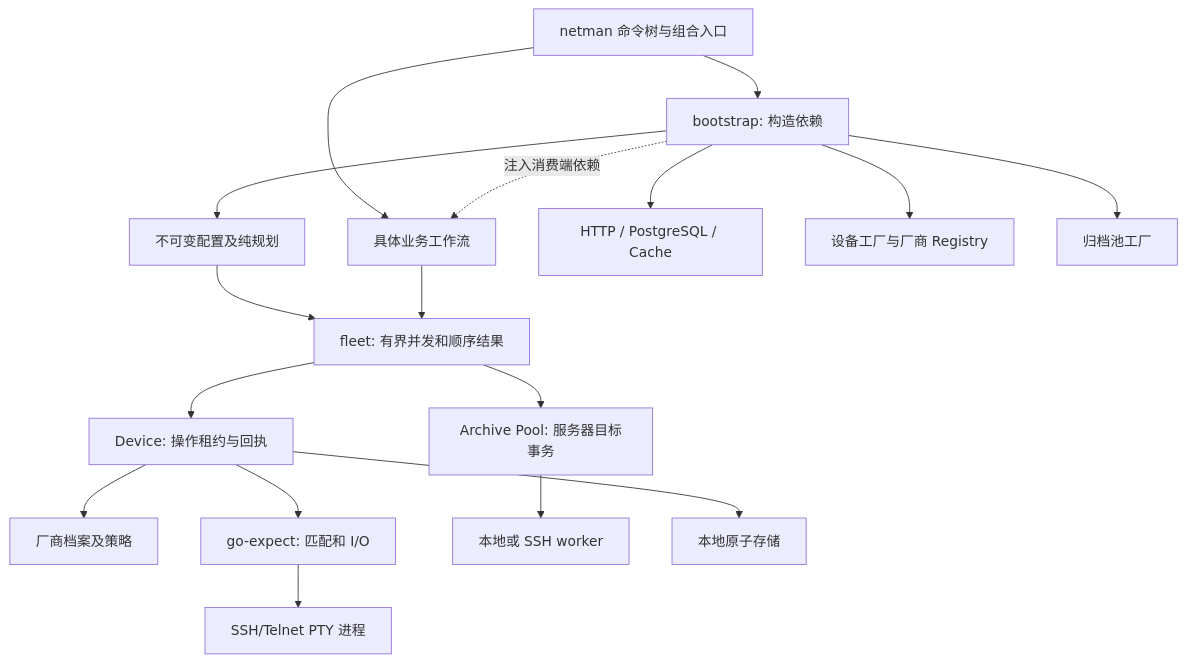
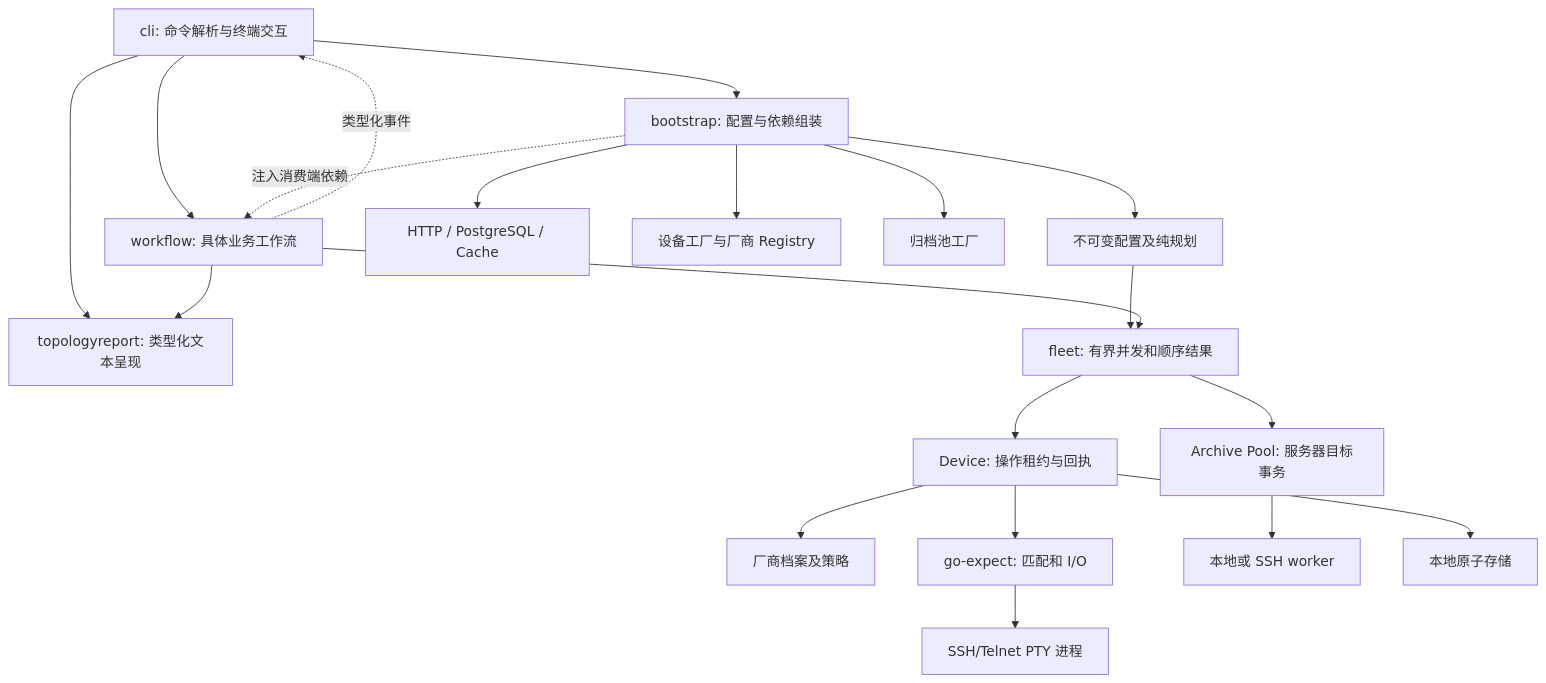
The first of 2 diagrams in docs/architecture.md (gatework/go-net-connector), drawn with Mermaid before and after one commit. The commit also changed other lines of this file and 54 other files, not shown here.

````diff
--- a/docs/architecture.md
+++ b/docs/architecture.md
@@ -3,19 +3,22 @@
 ```mermaid
 flowchart TD
-  CLI[netman 命令树与组合入口] --> Bootstrap[bootstrap: 构造依赖]
-  CLI --> Workflow[具体业务工作流]
+  CLI[cli: 命令解析与终端交互] --> Bootstrap[bootstrap: 配置与依赖组装]
+  CLI --> Workflow[workflow: 具体业务工作流]
+  CLI --> Presentation[topologyreport: 类型化文本呈现]
+  Workflow --> Presentation
+  Workflow -. 类型化事件 .-> CLI
   Bootstrap -. 注入消费端依赖 .-> Workflow
   Bootstrap --> Policy[不可变配置及纯规划]
   Bootstrap --> Source[HTTP / PostgreSQL / Cache]
   Bootstrap --> DeviceFactory[设备工厂与厂商 Registry]
   Bootstrap --> ArchiveFactory[归档池工厂]
   Policy --> Fleet[fleet: 有界并发和顺序结果]
   Workflow --> Fleet
   Fleet --> Device[Device: 操作租约与回执]
   Device --> Profile[厂商档案及策略]
   Device --> Expect[go-expect: 匹配和 I/O]
   Expect --> Transport[SSH/Telnet PTY 进程]
   Fleet --> Archive[Archive Pool: 服务器目标事务]
   Archive --> Worker[本地或 SSH worker]
   Device --> Storage[本地原子存储]
 ```
````
